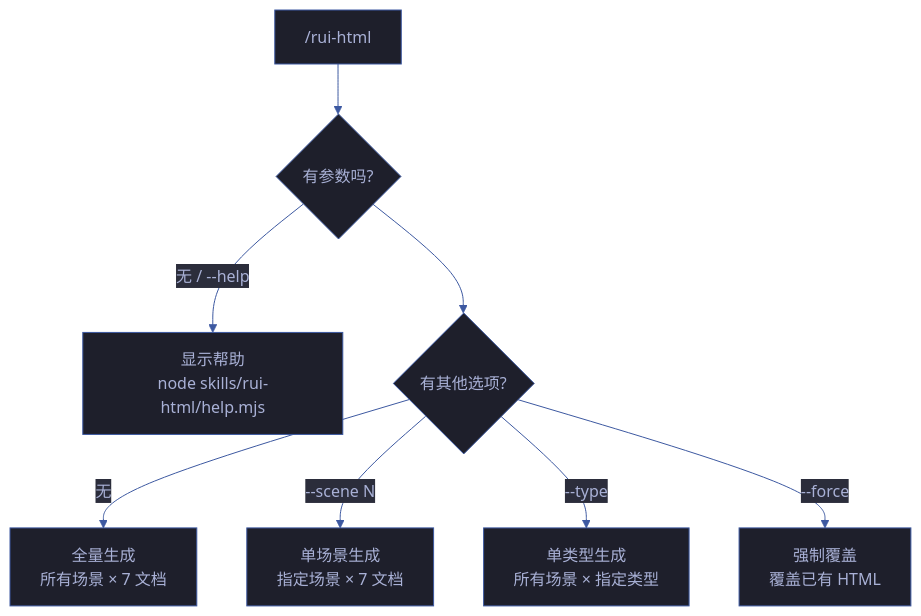
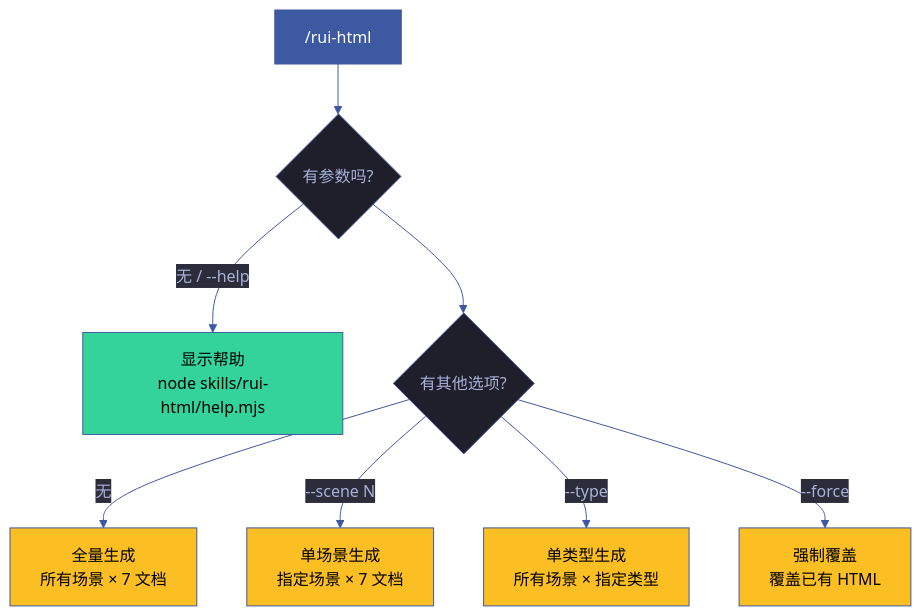
The first of 7 diagrams in skills/rui-html/SKILL.md (effiy/YrY), drawn with Mermaid before and after one commit. The commit also changed other lines of this file and 1028 other files, not shown here.

````diff
--- a/skills/rui-html/SKILL.md
+++ b/skills/rui-html/SKILL.md
@@ -35,18 +35,22 @@
 ```mermaid
 %%{init: {'theme': 'base', 'themeVariables': {
   'primaryColor': '#1e1f2b',
   'primaryTextColor': '#a9b1d6',
   'primaryBorderColor': '#3d59a1',
   'lineColor': '#3d59a1',
   'secondaryColor': '#2b2d3b',
   'tertiaryColor': '#21232f'
 }}}%%
 flowchart TD
     ENTRY["/rui-html"]:::entry --> Q1{"有参数吗?"}
     Q1 -->|"无 / --help"| HELP["显示帮助<br/>node skills/rui-html/help.mjs"]:::read
     Q1 -->|"<story-name>"| Q2{"有其他选项?"}
     Q2 -->|"无"| ALL["全量生成<br/>所有场景 × 7 文档"]:::write
     Q2 -->|"--scene N"| ONE["单场景生成<br/>指定场景 × 7 文档"]:::write
     Q2 -->|"--type <name>"| TYPE["单类型生成<br/>所有场景 × 指定类型"]:::write
     Q2 -->|"--force"| FORCE["强制覆盖<br/>覆盖已有 HTML"]:::write
+
+    classDef entry fill:#3d59a1,color:#fff
+    classDef read fill:#34d399,color:#000
+    classDef write fill:#fbbf24,color:#000
 ```
````
